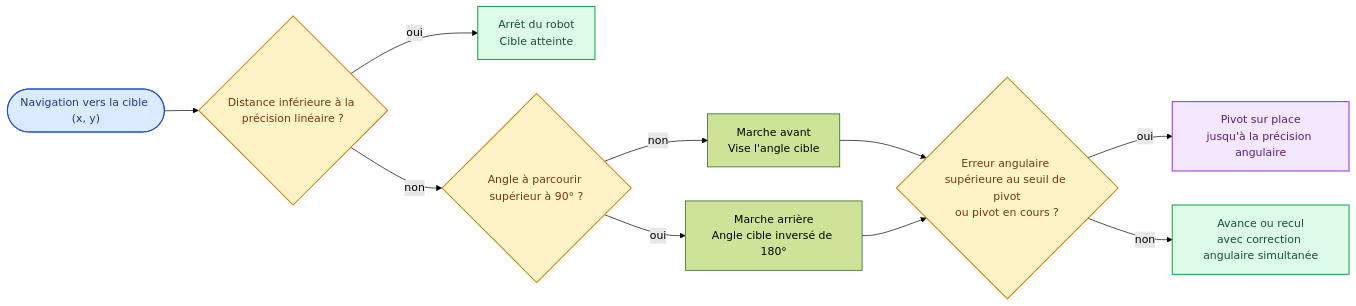
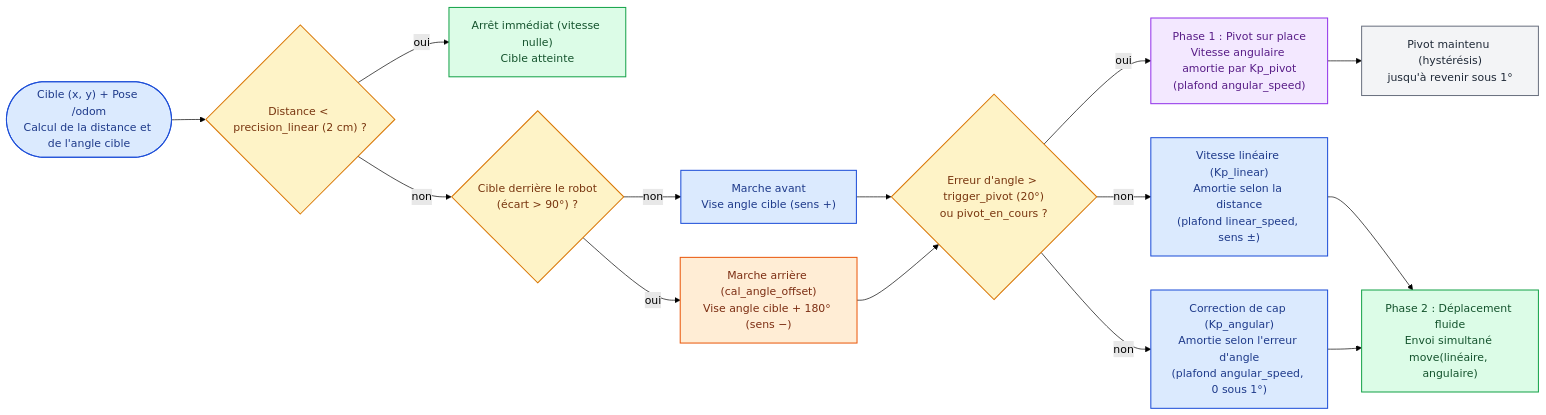
The sixth of 18 diagrams in robotique_et_navigation/Rapport/Rapport.md (benoitdekeyn/E4SE_TD_TP), drawn with Mermaid (forest theme) before and after one commit. The commit also changed other lines of this file and 2 other files, not shown here.

````diff
--- a/robotique_et_navigation/Rapport/Rapport.md
+++ b/robotique_et_navigation/Rapport/Rapport.md
@@ -612,30 +672,42 @@
 ```mermaid
 flowchart LR
-    START(["`Navigation vers la cible (x, y)`"])
-    DIST{"`Distance inférieure à la précision linéaire ?`"}
-    DONE["`Arrêt du robot<br/>Cible atteinte`"]
-    BACK{"`Angle à parcourir supérieur à 90° ?`"}
-    FWD_M["`Marche avant<br/>Vise l'angle cible`"]
-    BWD_M["`Marche arrière<br/>Angle cible inversé de 180°`"]
-    TRIG{"`Erreur angulaire supérieure au seuil de pivot<br/>ou pivot en cours ?`"}
-    PIV["`Pivot sur place<br/>jusqu'à la précision angulaire`"]
-    MOVE["`Avance ou recul<br/>avec correction angulaire simultanée`"]
+    START(["`Cible (x, y) + Pose /odom<br/>Calcul de la distance et de l'angle cible`"])
+    DIST{"`Distance < precision_linear (2 cm) ?`"}
+    DONE["`Arrêt immédiat (vitesse nulle)<br/>Cible atteinte`"]
+    BACK{"`Cible derrière le robot<br/>(écart > 90°) ?`"}
+    FWD_M["`Marche avant<br/>Vise angle cible (sens +)`"]
+    BWD_M["`Marche arrière (cal_angle_offset)<br/>Vise angle cible + 180° (sens −)`"]
+    TRIG{"`Erreur d'angle > trigger_pivot (20°)<br/>ou pivot_en_cours ?`"}
+    PIV["`Phase 1 : Pivot sur place<br/>Vitesse angulaire amortie par Kp_pivot<br/>(plafond angular_speed)`"]
+    HYST["`Pivot maintenu (hystérésis)<br/>jusqu'à revenir sous 1°`"]
+    LIN["`Vitesse linéaire (Kp_linear)<br/>Amortie selon la distance<br/>(plafond linear_speed, sens ±)`"]
+    ANG["`Correction de cap (Kp_angular)<br/>Amortie selon l'erreur d'angle<br/>(plafond angular_speed, 0 sous 1°)`"]
+    MOVE["`Phase 2 : Déplacement fluide<br/>Envoi simultané move(linéaire, angulaire)`"]
 
     START --> DIST
     DIST -->|"oui"| DONE
     DIST -->|"non"| BACK
     BACK -->|"non"| FWD_M
     BACK -->|"oui"| BWD_M
     FWD_M --> TRIG
     BWD_M --> TRIG
     TRIG -->|"oui"| PIV
-    TRIG -->|"non"| MOVE
+    PIV --> HYST
+    TRIG -->|"non"| LIN
+    TRIG -->|"non"| ANG
+    LIN --> MOVE
+    ANG --> MOVE
 
     style START fill:#dbeafe,stroke:#1d4ed8,stroke-width:1.5px,color:#1e3a8a
     style DONE fill:#dcfce7,stroke:#16a34a,stroke-width:1.5px,color:#14532d
     style DIST fill:#fef3c7,stroke:#d97706,stroke-width:1.5px,color:#78350f
     style BACK fill:#fef3c7,stroke:#d97706,stroke-width:1.5px,color:#78350f
     style TRIG fill:#fef3c7,stroke:#d97706,stroke-width:1.5px,color:#78350f
     style PIV fill:#f3e8ff,stroke:#9333ea,stroke-width:1.5px,color:#581c87
+    style HYST fill:#f3f4f6,stroke:#6b7280,stroke-width:1.5px,color:#1f2937
+    style FWD_M fill:#dbeafe,stroke:#1d4ed8,stroke-width:1.5px,color:#1e3a8a
+    style BWD_M fill:#ffedd5,stroke:#ea580c,stroke-width:1.5px,color:#7c2d12
+    style LIN fill:#dbeafe,stroke:#1d4ed8,stroke-width:1.5px,color:#1e3a8a
+    style ANG fill:#dbeafe,stroke:#1d4ed8,stroke-width:1.5px,color:#1e3a8a
     style MOVE fill:#dcfce7,stroke:#16a34a,stroke-width:1.5px,color:#14532d
 ```
````
